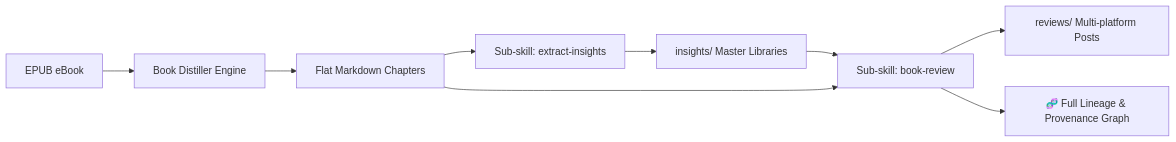
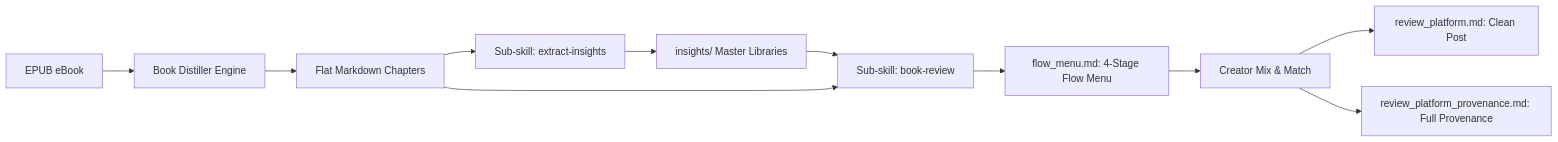
Before and after one commit to ubworkshop/book-distiller: the diagram in README.md, drawn with Mermaid. The commit also changed other lines of this file and 4 other files, not shown here.

Commit message:
feat: add 4-stage mental flow modular menu & dual-file delivery (v2.9)

````diff
--- a/README.md
+++ b/README.md
@@ -24,11 +26,13 @@
 ```mermaid
 flowchart LR
     EPUB[EPUB eBook] --> Main[Book Distiller Engine]
     Main --> Chapters[Flat Markdown Chapters]
     Chapters --> S1[Sub-skill: extract-insights]
     S1 --> Master[insights/ Master Libraries]
     Master --> S2[Sub-skill: book-review]
     Chapters --> S2
-    S2 --> Reviews[reviews/ Multi-platform Posts]
-    S2 --> Provenance[🧬 Full Lineage & Provenance Graph]
+    S2 --> Menu[flow_menu.md: 4-Stage Flow Menu]
+    Menu --> Custom[Creator Mix & Match]
+    Custom --> Post[review_platform.md: Clean Post]
+    Custom --> Prov[review_platform_provenance.md: Full Provenance]
 ```
````
